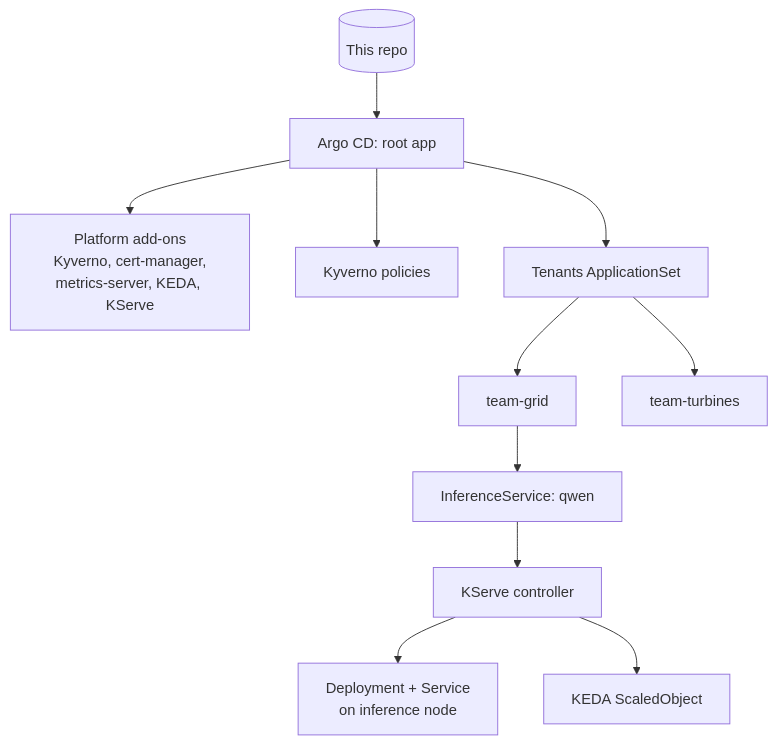
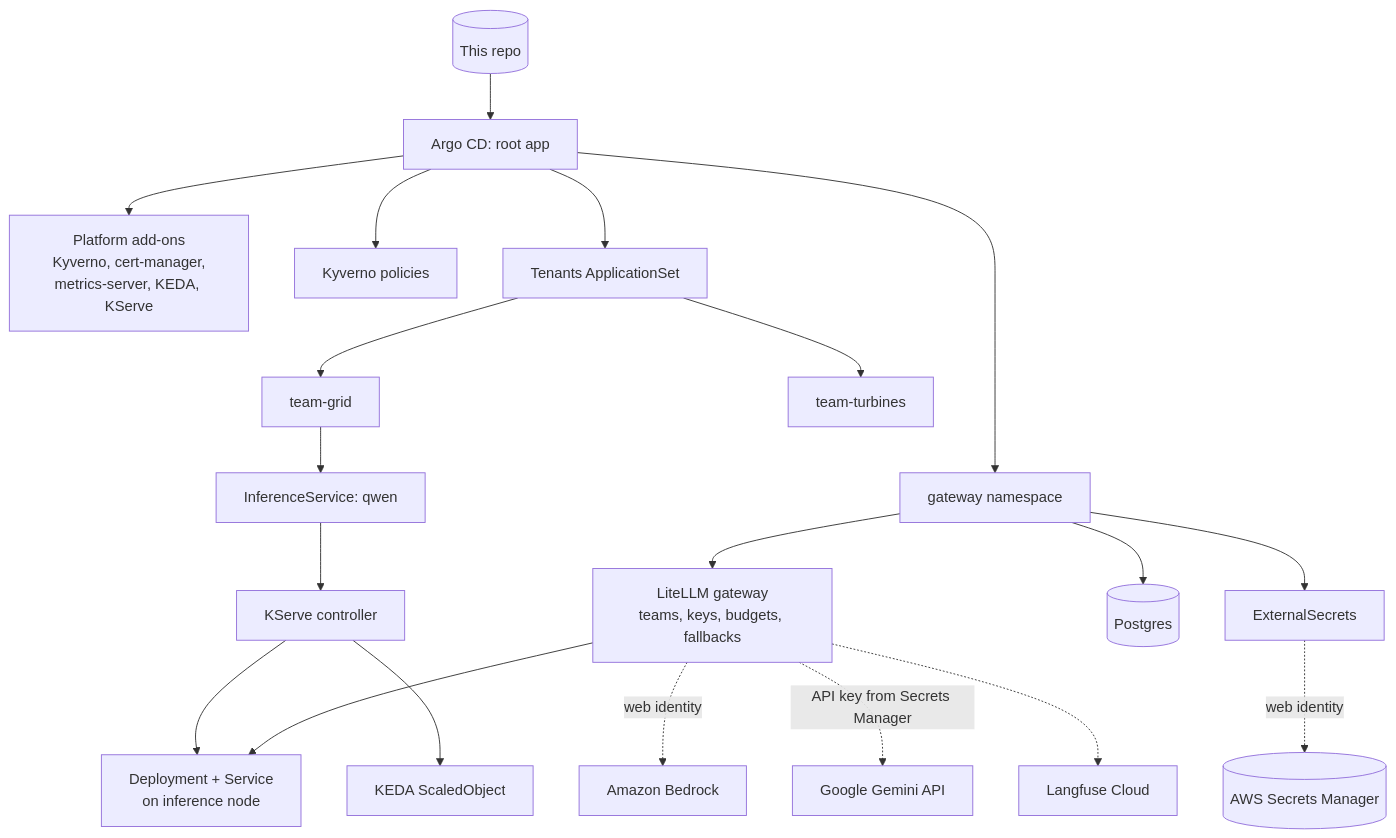
Before and after one commit to agangwar07/mini-ai-platform: the diagram in README.md, drawn with Mermaid. The commit also changed other lines of this file, not shown here.

````diff
--- a/README.md
+++ b/README.md
@@ -21,13 +21,22 @@
 ```mermaid
 flowchart TD
     Git[(This repo)] --> Root[Argo CD: root app]
     Root --> Addons[Platform add-ons<br/>Kyverno, cert-manager,<br/>metrics-server, KEDA, KServe]
     Root --> Policies[Kyverno policies]
     Root --> AppSet[Tenants ApplicationSet]
     AppSet --> Grid[team-grid]
     AppSet --> Turbines[team-turbines]
     Grid --> ISVC[InferenceService: qwen]
     ISVC --> KServe[KServe controller]
     KServe --> Deploy[Deployment + Service<br/>on inference node]
     KServe --> SO[KEDA ScaledObject]
+    Root --> GW[gateway namespace]
+    GW --> LiteLLM[LiteLLM gateway<br/>teams, keys, budgets, fallbacks]
+    GW --> PG[(Postgres)]
+    GW --> ESO[ExternalSecrets]
+    ESO -.->|web identity| SM[(AWS Secrets Manager)]
+    LiteLLM --> Deploy
+    LiteLLM -.->|web identity| Bedrock[Amazon Bedrock]
+    LiteLLM -.->|API key from Secrets Manager| Gemini[Google Gemini API]
+    LiteLLM -.-> Langfuse[Langfuse Cloud]
 ```
````
